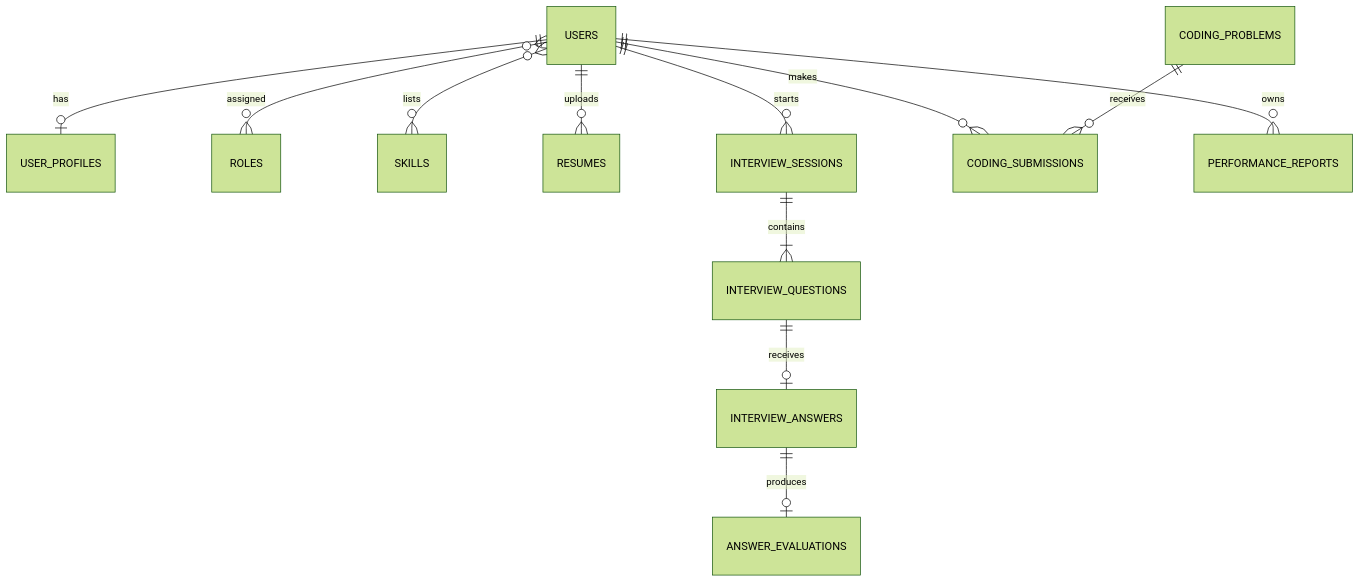
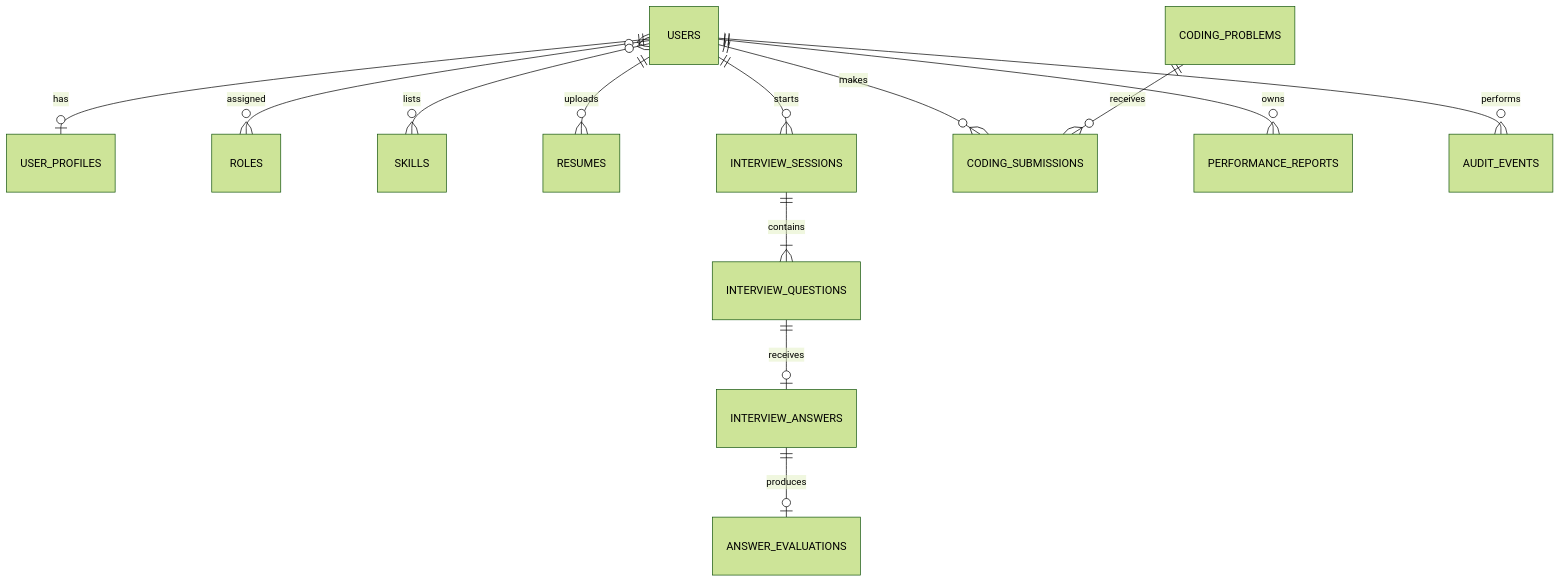
The diagram in docs/database-design.md (Sourav12kumar/AI-Interview-Preparation-Platform), drawn with Mermaid (forest theme) before and after one commit. The commit also changed other lines of this file and 39 other files, not shown here.

````diff
--- a/docs/database-design.md
+++ b/docs/database-design.md
@@ -5,14 +5,15 @@
 ```mermaid
 erDiagram
     USERS ||--o| USER_PROFILES : has
     USERS }o--o{ ROLES : assigned
     USERS }o--o{ SKILLS : lists
     USERS ||--o{ RESUMES : uploads
     USERS ||--o{ INTERVIEW_SESSIONS : starts
     INTERVIEW_SESSIONS ||--|{ INTERVIEW_QUESTIONS : contains
     INTERVIEW_QUESTIONS ||--o| INTERVIEW_ANSWERS : receives
     INTERVIEW_ANSWERS ||--o| ANSWER_EVALUATIONS : produces
     USERS ||--o{ CODING_SUBMISSIONS : makes
     CODING_PROBLEMS ||--o{ CODING_SUBMISSIONS : receives
     USERS ||--o{ PERFORMANCE_REPORTS : owns
+    USERS ||--o{ AUDIT_EVENTS : performs
 ```
````
